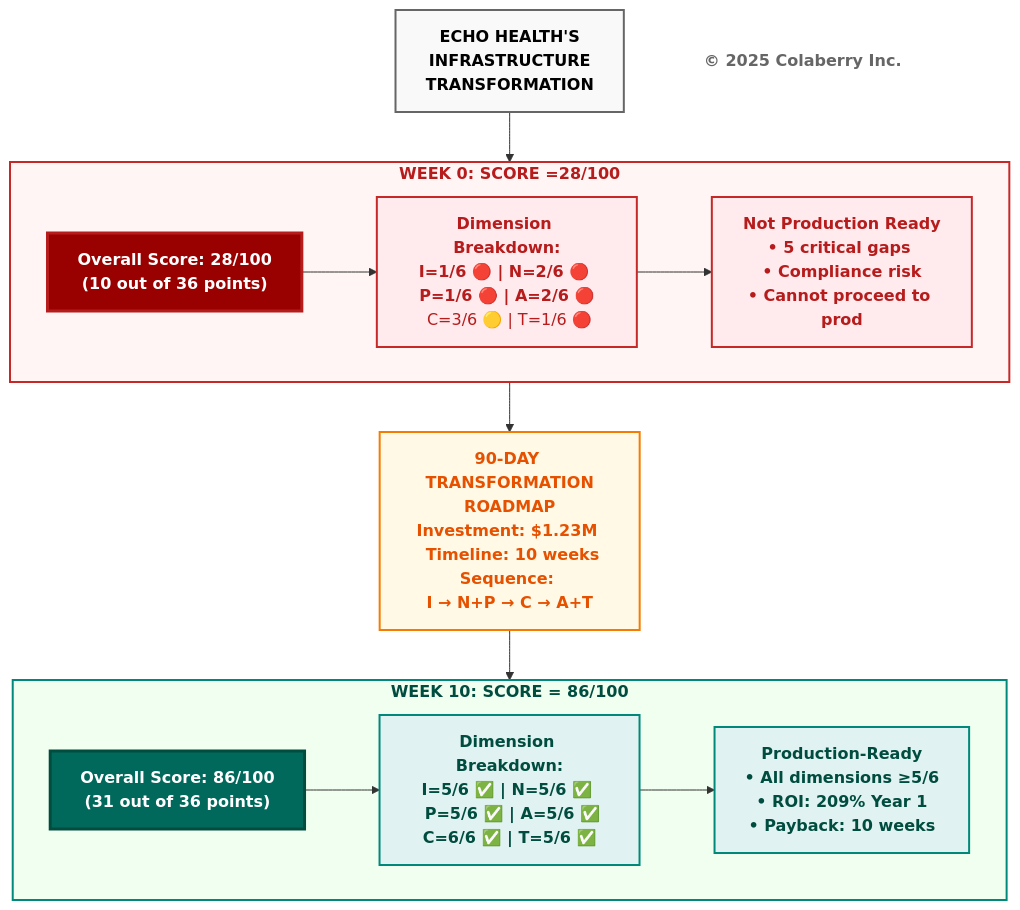
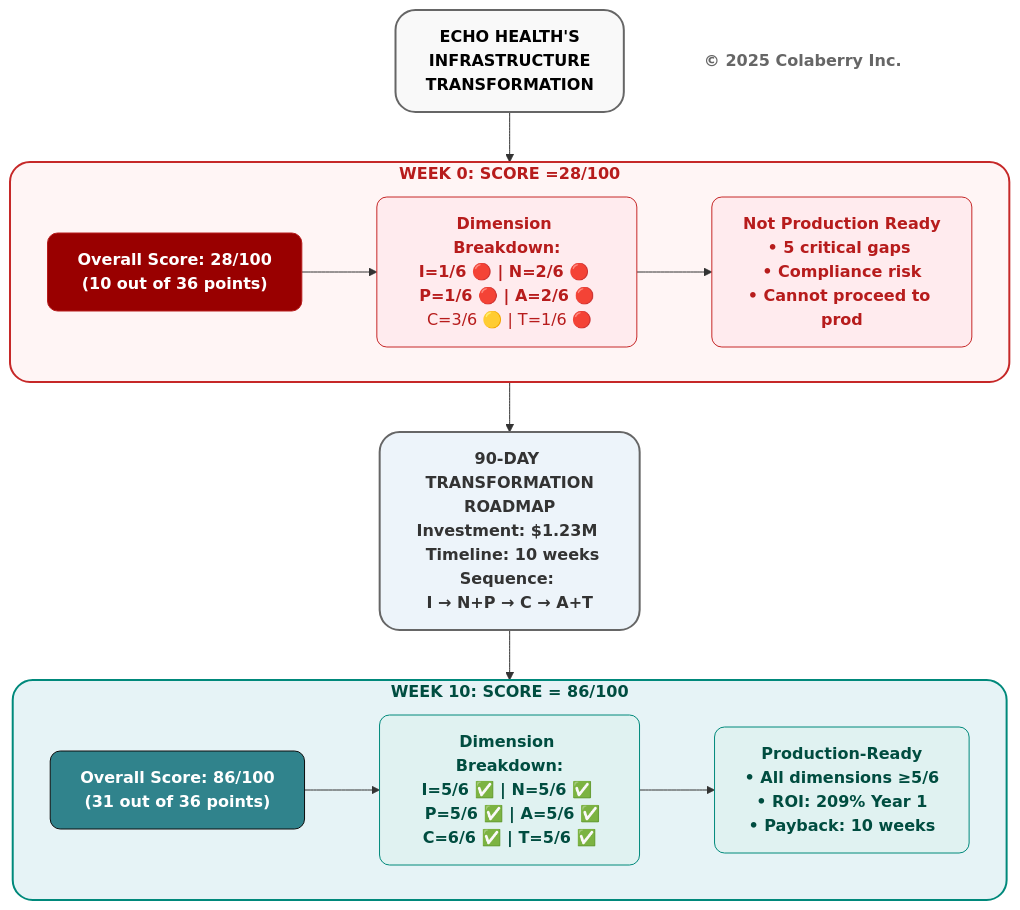
One commit to saitejesh-cyber/trust-before-intelligence-book changed the sixth of 12 diagrams in manuscript/03_chapter_2_inpact_framework.md. Above: the diagram before and after it, drawn with Mermaid. The commit also changed other lines of this file, not shown here.

Commit message:
Chapter3: Updated mermaid diagrams based on new colaberry color code

````diff
--- a/manuscript/03_chapter_2_inpact_framework.md
+++ b/manuscript/03_chapter_2_inpact_framework.md
@@ -360,50 +382,55 @@
 ```mermaid
 graph TB
     TITLE["<b>ECHO HEALTH'S<br/>INFRASTRUCTURE<br/>TRANSFORMATION</b>"]
     
     TITLE --> BEFORE
     
     subgraph BEFORE["<b>WEEK 0: SCORE =28/100</b>"]
         B_SCORE["<b>Overall Score: 28/100</b><br/><b>(10 out of 36 points)</b>"]
         
         B_DIMS["<b>Dimension Breakdown:</b><br/><b>I=1/6 🔴 | N=2/6 🔴 </b><br/><b>P=1/6 🔴 | A=2/6 🔴</b><br/> C=3/6 🟡 | T=1/6 🔴</b>"]
         
         B_STATUS["<b>Not Production Ready</b><br/><b>• 5 critical gaps </b><br/><b>• Compliance risk</b><br/><b>• Cannot proceed to prod</b>"]
         
         B_SCORE --> B_DIMS
         B_DIMS --> B_STATUS
     end
     
     BEFORE --> TRANSFORM["<b>90-DAY TRANSFORMATION<br/>ROADMAP</b><br/><b>Investment: $1.23M </b><br/><b> Timeline: 10 weeks</b><br/><b>Sequence: </b><br/><b>I → N+P → C → A+T</b>"]
     
     TRANSFORM --> AFTER
     
     subgraph AFTER["<b>WEEK 10: SCORE = 86/100</b>"]
         A_SCORE["<b>Overall Score: 86/100</b><br/><b>(31 out of 36 points)</b>"]
         
         A_DIMS["<b>Dimension Breakdown:</b><br/><b>I=5/6 ✅ | N=5/6 ✅ </b><br/><b> P=5/6 ✅ | A=5/6 ✅</b><br/><b>C=6/6 ✅ | T=5/6 ✅</b>"]
         
 A_STATUS["<b>Production-Ready</b><br/><b>• All dimensions ≥5/6 </b><br/><b>• ROI: 209% Year 1 </b><br/><b>• Payback: 10 weeks</b>"]
         
         A_SCORE --> A_DIMS
         A_DIMS --> A_STATUS
     end
     
     COPYRIGHT["<b>© 2025 Colaberry Inc.</b>"]
-    
-    style TITLE fill:#f9f9f9,stroke:#666666,stroke-width:2px,color:#000000
-    
-    style BEFORE fill:#fff5f5,stroke:#c62828,stroke-width:2px,color:#b71c1c
-    style B_SCORE fill:#990000,color:#ffffff,stroke:#b71c1c,stroke-width:3px
-    style B_DIMS fill:#ffebee,stroke:#c62828,stroke-width:2px,color:#b71c1c
-    style B_STATUS fill:#ffebee,stroke:#c62828,stroke-width:2px,color:#b71c1c
-    
-    style TRANSFORM fill:#fff9e6,stroke:#f57c00,stroke-width:2px,color:#e65100
-    
-    style AFTER fill:#f0fff0,stroke:#00897b,stroke-width:2px,color:#004d40
-    style A_SCORE fill:#00695c,color:#ffffff,stroke:#004d40,stroke-width:3px
-    style A_DIMS fill:#e0f2f1,stroke:#00897b,stroke-width:2px,color:#004d40
-    style A_STATUS fill:#e0f2f1,stroke:#00897b,stroke-width:2px,color:#004d40
-    
-    style COPYRIGHT fill:#ffffff,stroke:none,color:#666666
+
+    %% ⚪ TITLE — CONTEXT
+    style TITLE fill:#f9f9f9,stroke:#666666,stroke-width:2px,color:#000000,rx:20,ry:20
+
+    %% 🔴 BEFORE — FAILURE
+    style BEFORE fill:#fff5f5,stroke:#c62828,stroke-width:2px,color:#b71c1c,rx:20,ry:20
+    style B_SCORE fill:#990000,stroke:#b71c1c,stroke-width:1px,color:#ffffff,rx:10,ry:10
+    style B_DIMS fill:#ffebee,stroke:#c62828,stroke-width:1px,color:#b71c1c,rx:10,ry:10
+    style B_STATUS fill:#ffebee,stroke:#c62828,stroke-width:1px,color:#b71c1c,rx:10,ry:10
+
+    %% 🔵 TRANSFORM — CHANGE
+    style TRANSFORM fill:#edf4fa,stroke:#666666,stroke-width:2px,color:#333333,rx:20,ry:20
+
+    %% 🟢 AFTER — TRUSTED OUTCOME
+    style AFTER fill:#e6f3f6,stroke:#00897b,stroke-width:2px,color:#004d40,rx:20,ry:20
+    style A_SCORE fill:#30838C,stroke:#0D0D0D,stroke-width:1px,color:#ffffff,rx:10,ry:10
+    style A_DIMS fill:#e0f2f1,stroke:#00897b,stroke-width:1px,color:#004d40,rx:10,ry:10
+    style A_STATUS fill:#e0f2f1,stroke:#00897b,stroke-width:1px,color:#004d40,rx:10,ry:10
+
+    %% FOOTER
+    style COPYRIGHT fill:none,stroke:none,color:#666666
 ```
````
